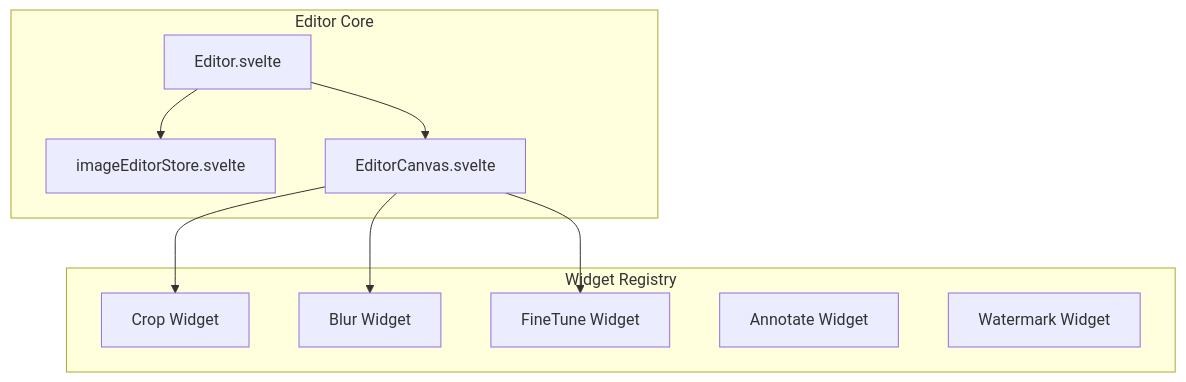
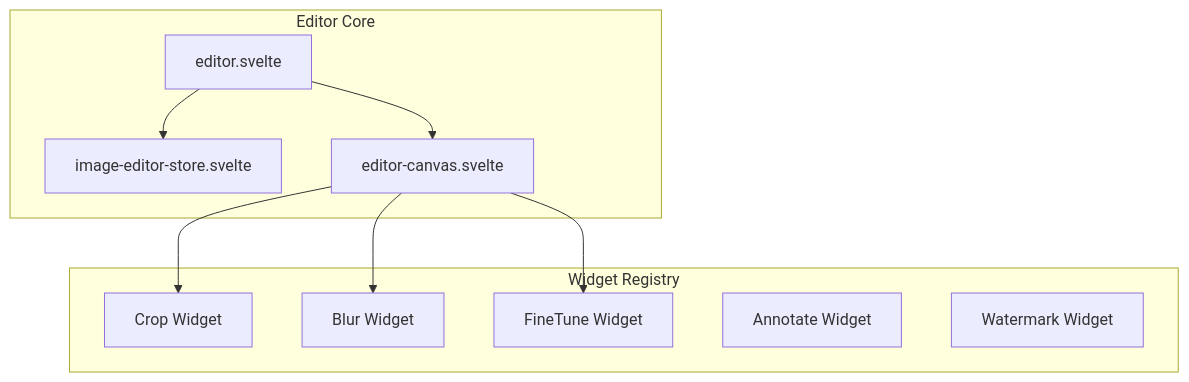
Before and after one commit to SveltyCMS/SveltyCMS: the diagram in docs/guides/image-editor.mdx, drawn with Mermaid. The commit also changed other lines of this file and 353 other files, not shown here.

````diff
--- a/docs/guides/image-editor.mdx
+++ b/docs/guides/image-editor.mdx
@@ -28,22 +28,22 @@
 ```mermaid
 graph TB
     subgraph "Editor Core"
-        IE[Editor.svelte]
-        IES[imageEditorStore.svelte]
-        CV[EditorCanvas.svelte]
+        IE[editor.svelte]
+        IES[image-editor-store.svelte]
+        CV[editor-canvas.svelte]
     end
 
     subgraph "Widget Registry"
         CROP[Crop Widget]
         BLUR[Blur Widget]
         FT[FineTune Widget]
         ANN[Annotate Widget]
         WM[Watermark Widget]
     end
 
     IE --> IES
     IE --> CV
     CV --> CROP
     CV --> BLUR
     CV --> FT
 ```
````
